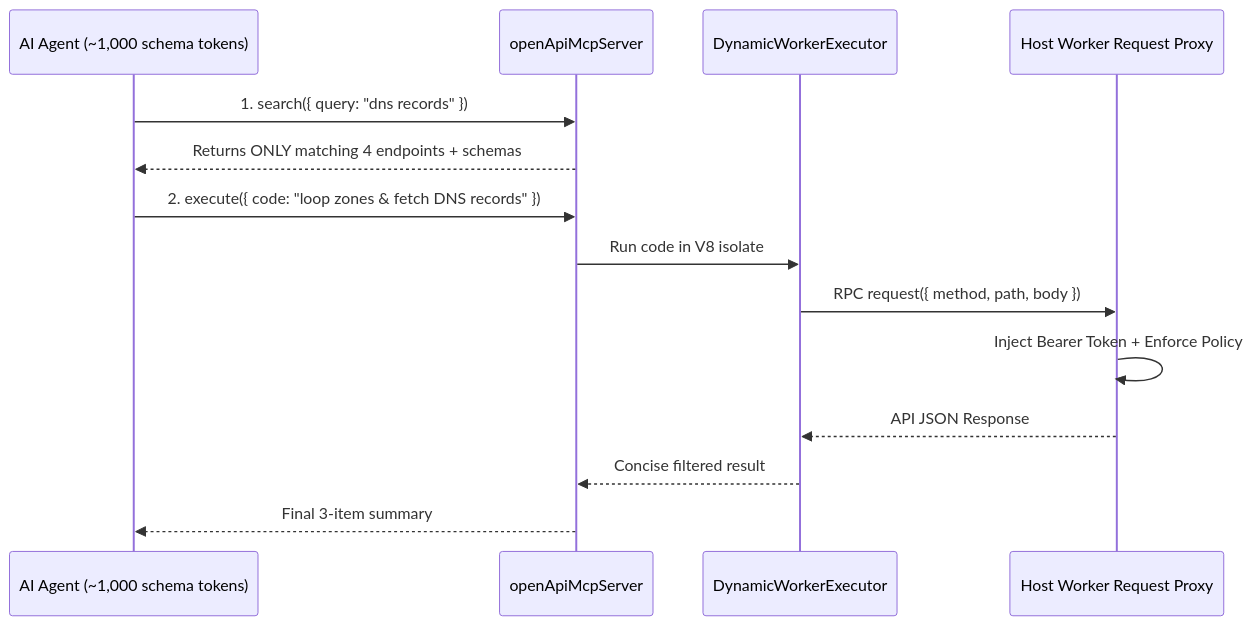
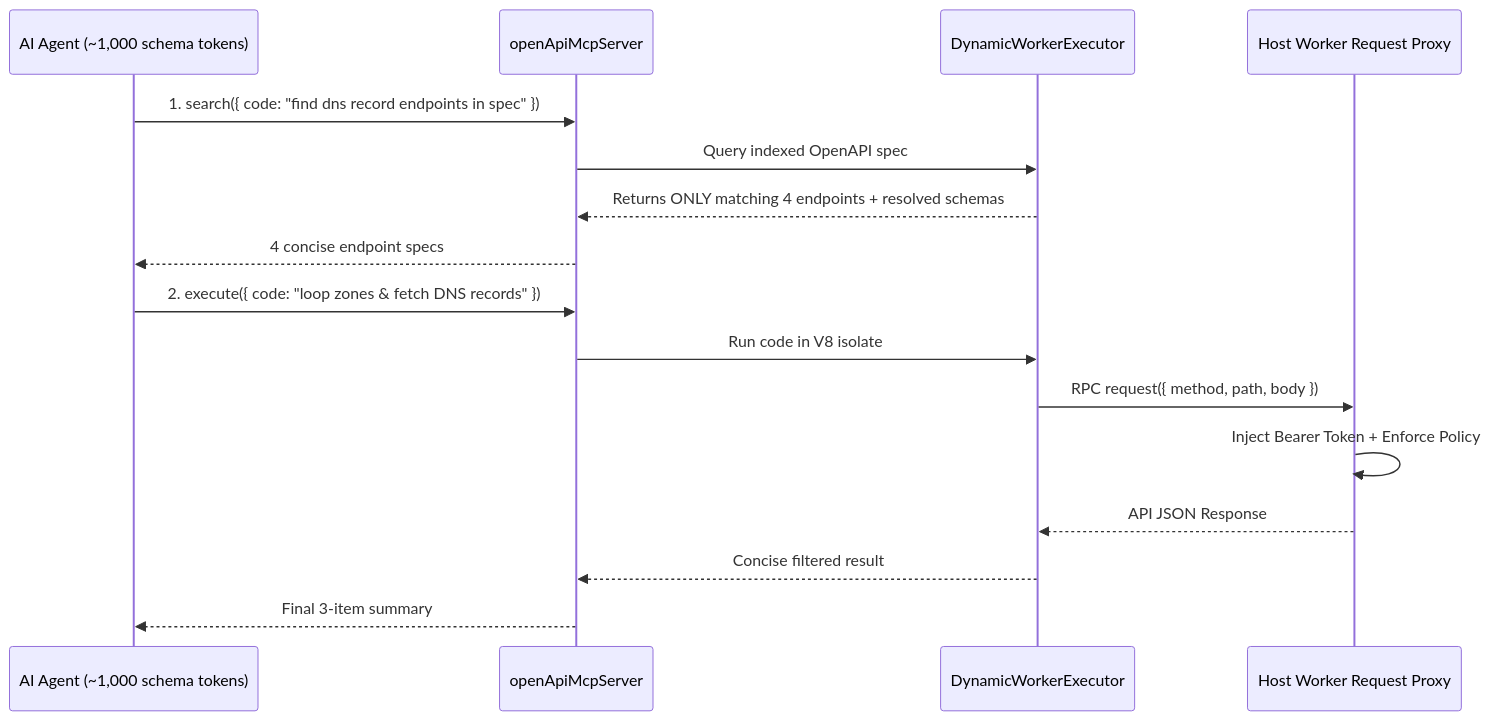
One commit to Amie-dev/FDE-and-GenAI-Mastery changed the first of 2 diagrams in Lecture 31 - Cloudflare Code Mode MCP/notes/04_Search_and_Execute_Pattern_openApiMcpServer.md. Above: the diagram before and after it, drawn with Mermaid. The commit also changed other lines of this file and 92 other files, not shown here.

````diff
--- a/Lecture 31 - Cloudflare Code Mode MCP/notes/04_Search_and_Execute_Pattern_openApiMcpServer.md
+++ b/Lecture 31 - Cloudflare Code Mode MCP/notes/04_Search_and_Execute_Pattern_openApiMcpServer.md
@@ -29,18 +30,20 @@
 ```mermaid
 sequenceDiagram
     participant LLM as AI Agent (~1,000 schema tokens)
     participant MCP as openApiMcpServer
     participant Sandbox as DynamicWorkerExecutor
     participant Host as Host Worker Request Proxy
 
-    LLM->>MCP: 1. search({ query: "dns records" })
-    MCP-->>LLM: Returns ONLY matching 4 endpoints + schemas
+    LLM->>MCP: 1. search({ code: "find dns record endpoints in spec" })
+    MCP->>Sandbox: Query indexed OpenAPI spec
+    Sandbox-->>MCP: Returns ONLY matching 4 endpoints + resolved schemas
+    MCP-->>LLM: 4 concise endpoint specs
 
     LLM->>MCP: 2. execute({ code: "loop zones & fetch DNS records" })
     MCP->>Sandbox: Run code in V8 isolate
     Sandbox->>Host: RPC request({ method, path, body })
     Host->>Host: Inject Bearer Token + Enforce Policy
     Host-->>Sandbox: API JSON Response
     Sandbox-->>MCP: Concise filtered result
     MCP-->>LLM: Final 3-item summary
 ```
````
